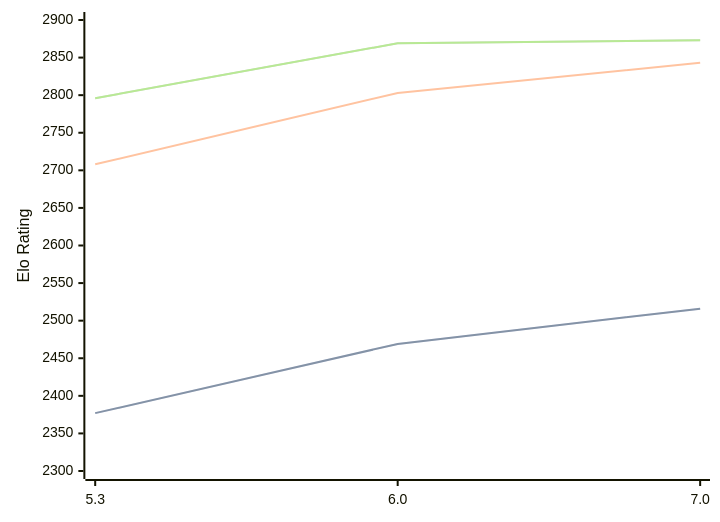
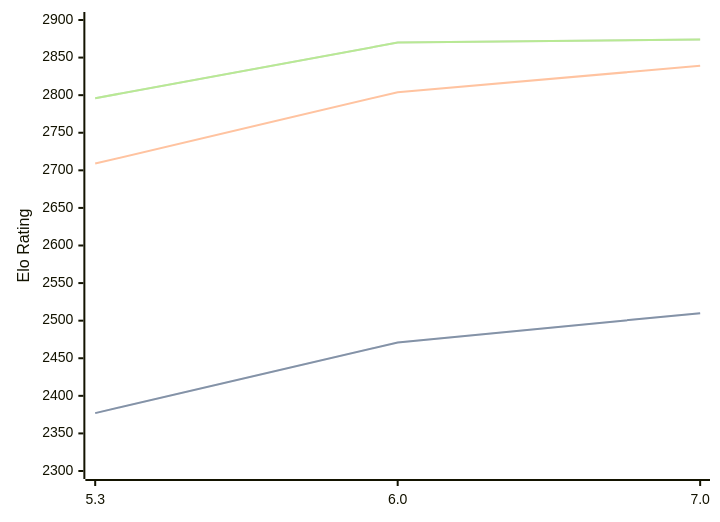
The diagram in engines/tomitankChess.md (computer-chess-index/cci), drawn with Mermaid before and after one commit. The commit also changed other lines of this file, not shown here.

Commit message:
Update CCI Ratings (ELO VLTC) - 2026-07-23

````diff
--- a/engines/tomitankChess.md
+++ b/engines/tomitankChess.md
@@ -41,11 +41,11 @@
 ```mermaid
 %%{init: {"theme":"base","themeVariables":{"seriesColors:['#a3a3a3','#222221','#faa371']}}}%%
 xychart-beta
   x-axis ["5.3", "6.0", "7.0"]
   y-axis "Elo Rating" 2300 --> 2900
-  line "STC (8.0+0.08s)" [2377, 2469, 2516]
-  line "STC (8.0+0.08s)" [2377, 2469, 2516]
-  line "LTC (60.0+0.60s)" [2708, 2803, 2843]
-  line "VLTC (2m24s+1.12s)" [2796, 2869, 2873]
-  line "VLTC (2m24s+1.12s)" [2796, 2869, 2873]
+  line "STC (8.0+0.08s)" [2377, 2471, 2510]
+  line "STC (8.0+0.08s)" [2377, 2471, 2510]
+  line "LTC (60.0+0.60s)" [2709, 2804, 2839]
+  line "VLTC (2m24s+1.12s)" [2796, 2870, 2874]
+  line "VLTC (2m24s+1.12s)" [2796, 2870, 2874]
 ```
````
